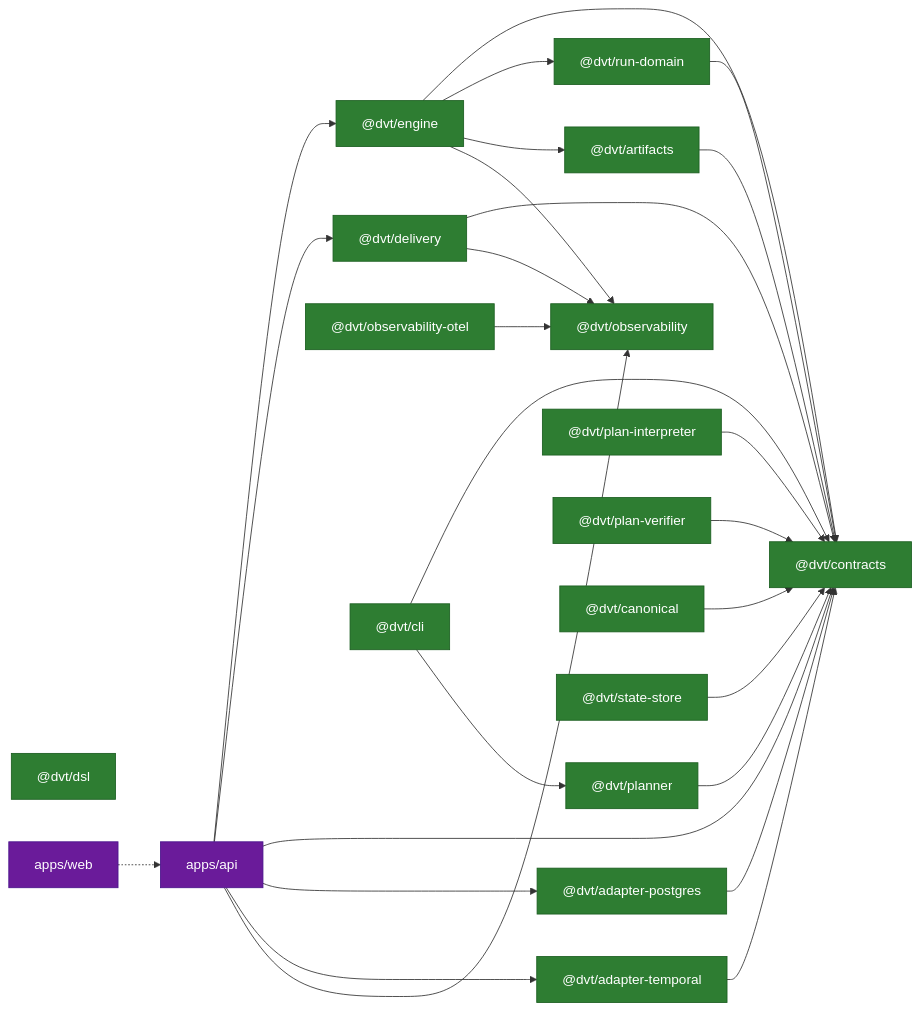
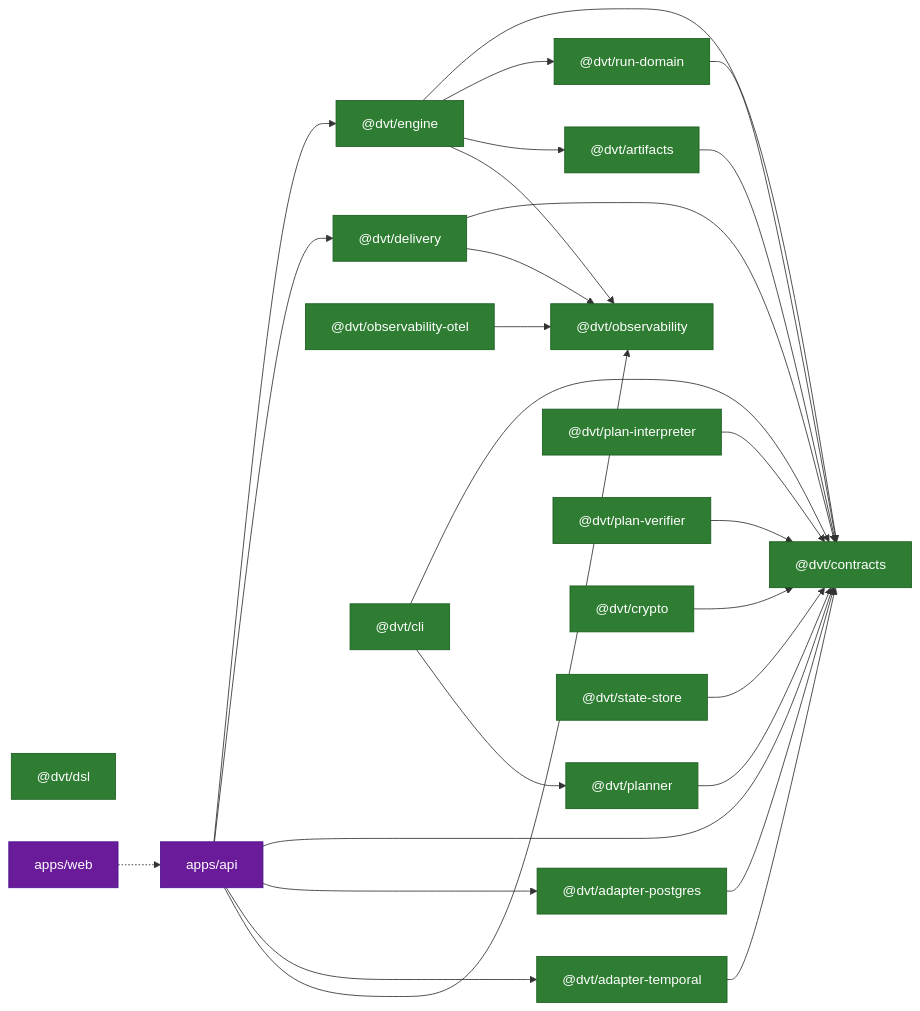
One commit to dunay2/dvt changed the third of 4 diagrams in docs/architecture/diagrams/implementation-architecture-diagrams.md. Above: the diagram before and after it, drawn with Mermaid. The commit also changed other lines of this file and 51 other files, not shown here.

````diff
--- a/docs/architecture/diagrams/implementation-architecture-diagrams.md
+++ b/docs/architecture/diagrams/implementation-architecture-diagrams.md
@@ -291,53 +291,53 @@
 ```mermaid
 flowchart LR
   classDef impl fill:#2E7D32,color:#fff,stroke:#1B5E20
   classDef planned fill:#FF9800,color:#fff,stroke:#E65100,stroke-dasharray:5 5
   classDef app fill:#6A1B9A,color:#fff,stroke:#4A148C
 
   contracts["@dvt/contracts"]:::impl
   rundomain["@dvt/run-domain"]:::impl
   engine["@dvt/engine"]:::impl
   temporal["@dvt/adapter-temporal"]:::impl
   pgadapter["@dvt/adapter-postgres"]:::impl
   delivery["@dvt/delivery"]:::impl
   obs["@dvt/observability"]:::impl
   obsotel["@dvt/observability-otel"]:::impl
   artifacts["@dvt/artifacts"]:::impl
   planner["@dvt/planner"]:::impl
   interpreter["@dvt/plan-interpreter"]:::impl
   verifier["@dvt/plan-verifier"]:::impl
-  canonical["@dvt/canonical"]:::impl
+  canonical["@dvt/crypto"]:::impl
   dsl["@dvt/dsl"]:::impl
   statestore["@dvt/state-store"]:::impl
   cli["@dvt/cli"]:::impl
   api["apps/api"]:::app
   web["apps/web"]:::app
 
   engine --> contracts
   engine --> rundomain
   engine --> artifacts
   engine --> obs
   rundomain --> contracts
   temporal --> contracts
   pgadapter --> contracts
   delivery --> contracts
   delivery --> obs
   planner --> contracts
   interpreter --> contracts
   verifier --> contracts
   canonical --> contracts
   artifacts --> contracts
   statestore --> contracts
   obsotel --> obs
   cli --> contracts
   cli --> planner
 
   api --> engine
   api --> delivery
   api --> contracts
   api --> pgadapter
   api --> temporal
   api --> obs
 
   web -.-> api
 ```
````
